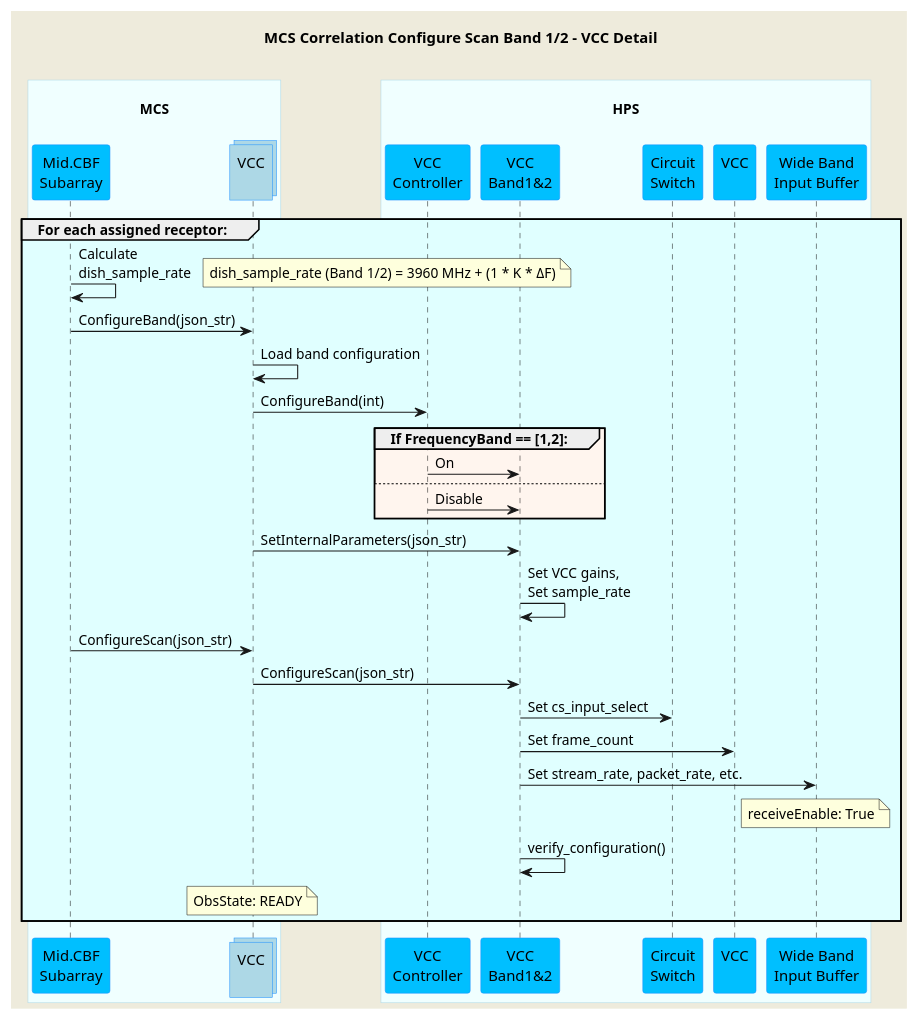
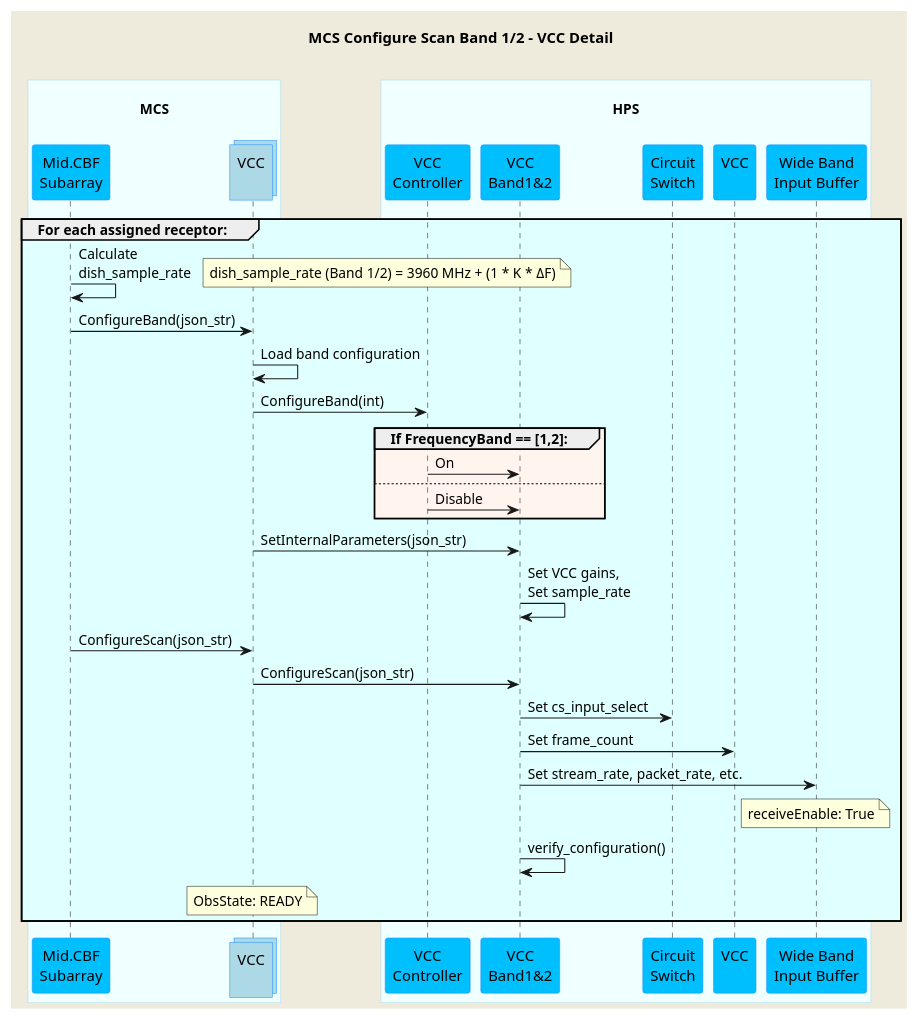
Before and after one commit to ska-telescope/mid-cbf-mcs: the diagram in docs/src/diagrams/configure-scan-vcc.puml, drawn with PlantUML. The commit also changed 4 other files, not shown here.

```diff
--- a/docs/src/diagrams/configure-scan-vcc.puml
+++ b/docs/src/diagrams/configure-scan-vcc.puml
@@ -1,57 +1,57 @@
 @startuml
 'https://plantuml.com/sequence-diagram
 
 skinparam backgroundColor #EEEBDC
 skinparam sequence {
     ParticipantBorderColor DodgerBlue
     ParticipantBackgroundColor DeepSkyBlue
     ActorBorderColor DarkGreen
     ActorBackgroundColor Green
     BoxBorderColor LightBlue
     BoxBackgroundColor #F0FFFF
 }
 skinparam collections {
     BackGroundColor LightBlue
     BorderColor DodgerBlue
 }
 
-title MCS Correlation Configure Scan Band 1/2 - VCC Detail\n
+title MCS Configure Scan Band 1/2 - VCC Detail\n
 
 box "\nMCS\n"
     participant "Mid.CBF\nSubarray" as subarray
     collections "VCC\n" as vcc
 end box
 box "\nHPS\n"
     participant "VCC\nController" as hpsvcc
     participant "VCC\nBand1&2" as vccband1
     participant "Circuit\nSwitch" as cs
     participant "VCC\n" as vccdevice
     participant "Wide Band\nInput Buffer" as wb
 end box
 
 group #LightCyan For each assigned receptor:
     subarray    -> subarray     : Calculate\ndish_sample_rate
     note right                  : dish_sample_rate (Band 1/2) = 3960 MHz + (1 * K * <U+0394>F)
     subarray    -> vcc          : ConfigureBand(json_str)
     vcc         -> vcc          : Load band configuration
     vcc         -> hpsvcc       : ConfigureBand(int)
     group #SeaShell If FrequencyBand == [1,2]:
         hpsvcc  -> vccband1     : On
     else 
         hpsvcc  -> vccband1     : Disable
     end group
     vcc         -> vccband1     : SetInternalParameters(json_str)
     vccband1    -> vccband1     : Set VCC gains,\nSet sample_rate
 
     subarray    -> vcc          : ConfigureScan(json_str)
     vcc         -> vccband1     : ConfigureScan(json_str)
     vccband1    -> cs           : Set cs_input_select
     vccband1    -> vccdevice    : Set frame_count
     vccband1    -> wb           : Set stream_rate, packet_rate, etc.
     note over wb                : receiveEnable: True
     vccband1    -> vccband1     : verify_configuration()
     note over vcc               : ObsState: READY
 end group
 
 
 @enduml
```
